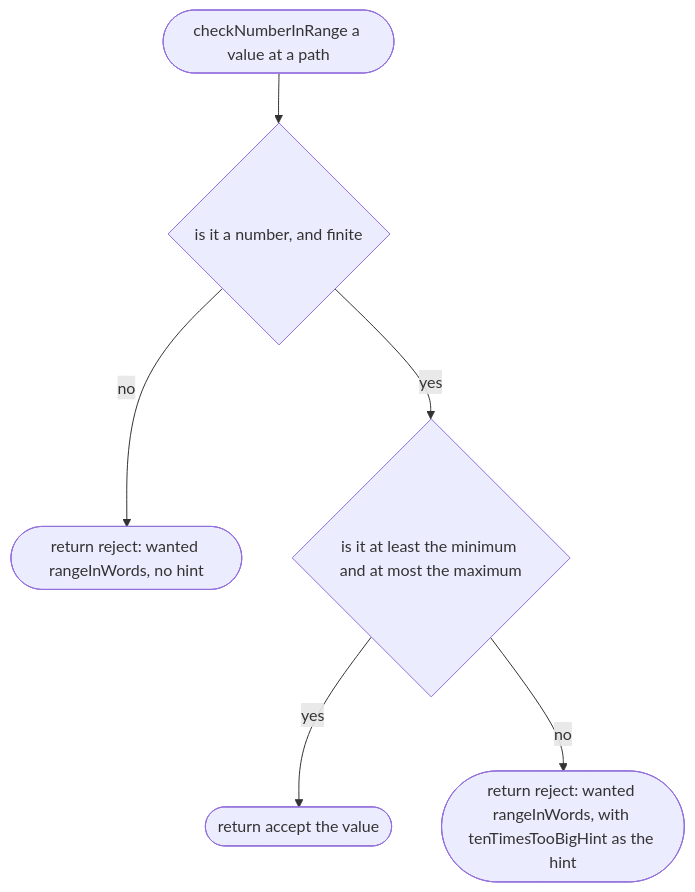
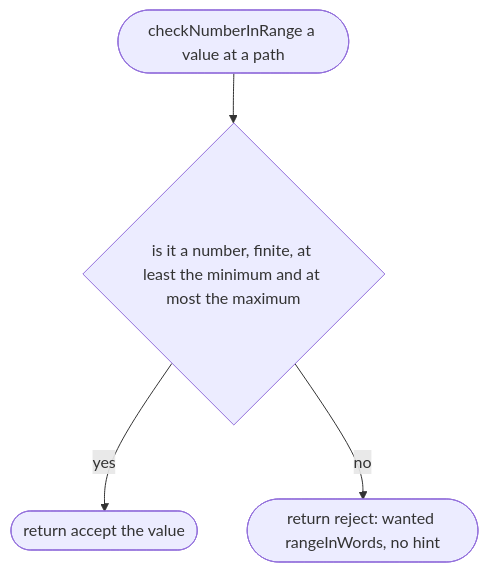
One commit to NewDara-Star/world-engine changed diagram 12 of 41 in docs/designs/src/place/parse.md. Above: the diagram before and after it, drawn with Mermaid. The commit also changed other lines of this file and 8 other files, not shown here.

````diff
--- a/docs/designs/src/place/parse.md
+++ b/docs/designs/src/place/parse.md
@@ -179,14 +181,10 @@
 ```mermaid
 flowchart TD
   s(["checkNumberInRange a value at a path"])
-  a{"is it a number, and finite"}
-  b(["return reject: wanted rangeInWords, no hint"])
-  c{"is it at least the minimum and at most the maximum"}
+  a{"is it a number, finite, at least the minimum and at most the maximum"}
   d(["return accept the value"])
-  e(["return reject: wanted rangeInWords, with tenTimesTooBigHint as the hint"])
+  e(["return reject: wanted rangeInWords, no hint"])
   s --> a
-  a -->|"no"| b
-  a -->|"yes"| c
-  c -->|"yes"| d
-  c -->|"no"| e
+  a -->|"yes"| d
+  a -->|"no"| e
 ```
````
